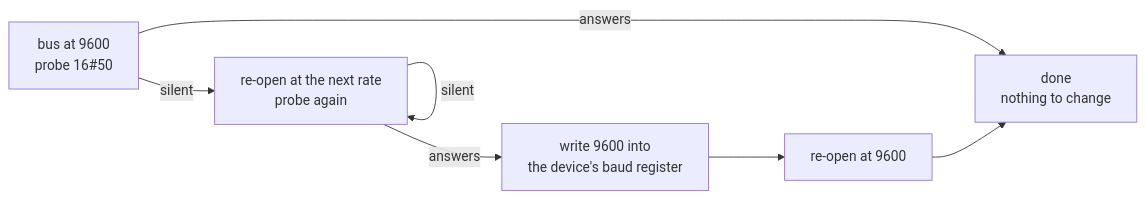
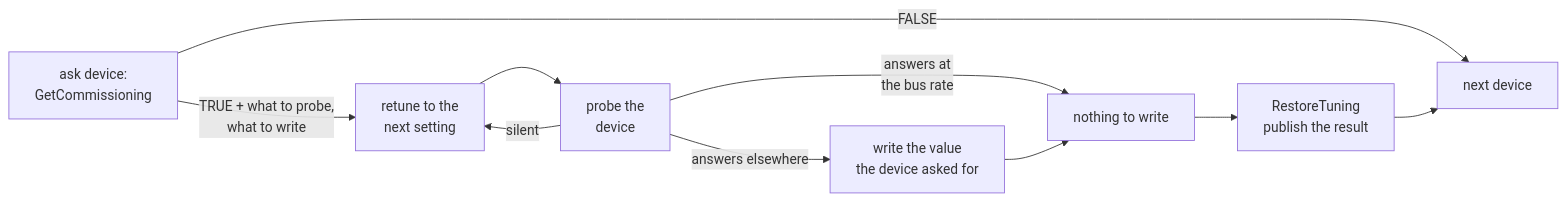
The diagram in docs/RS485/UsingModbusRTU_CODESYS3S.md (MichielVanwelsenaere/HomeAutomation.CoDeSys3), drawn with Mermaid before and after one commit. The commit also changed other lines of this file and 15 other files, not shown here.

````diff
--- a/docs/RS485/UsingModbusRTU_CODESYS3S.md
+++ b/docs/RS485/UsingModbusRTU_CODESYS3S.md
@@ -111,9 +114,11 @@
 ```mermaid
 flowchart LR
-  A["bus at 9600<br/>probe 16#50"] -->|answers| E["done<br/>nothing to change"]
-  A -->|silent| B["re-open at the next rate<br/>probe again"]
-  B -->|silent| B
-  B -->|answers| C["write 9600 into<br/>the device's baud register"]
-  C --> D["re-open at 9600"]
-  D --> E
+  A["ask device:<br/>GetCommissioning"] -->|FALSE| Z["next device"]
+  A -->|"TRUE + what to probe,<br/>what to write"| B["retune to the<br/>next setting"]
+  B --> C["probe the<br/>device"]
+  C -->|silent| B
+  C -->|answers at<br/>the bus rate| Y["nothing to write"]
+  C -->|answers elsewhere| D["write the value<br/>the device asked for"]
+  D --> Y
+  Y --> E["RestoreTuning<br/>publish the result"] --> Z
 ```
````
